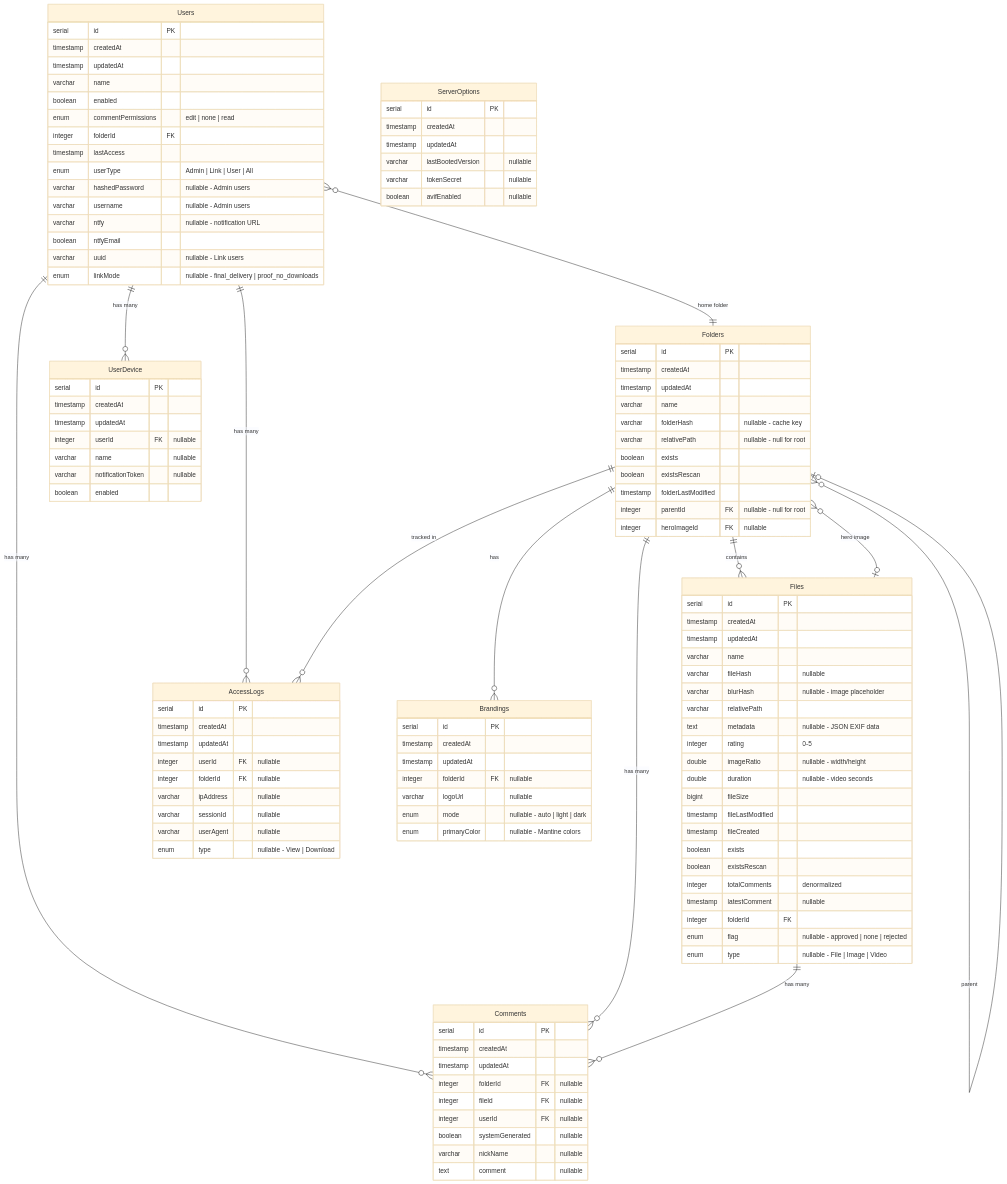
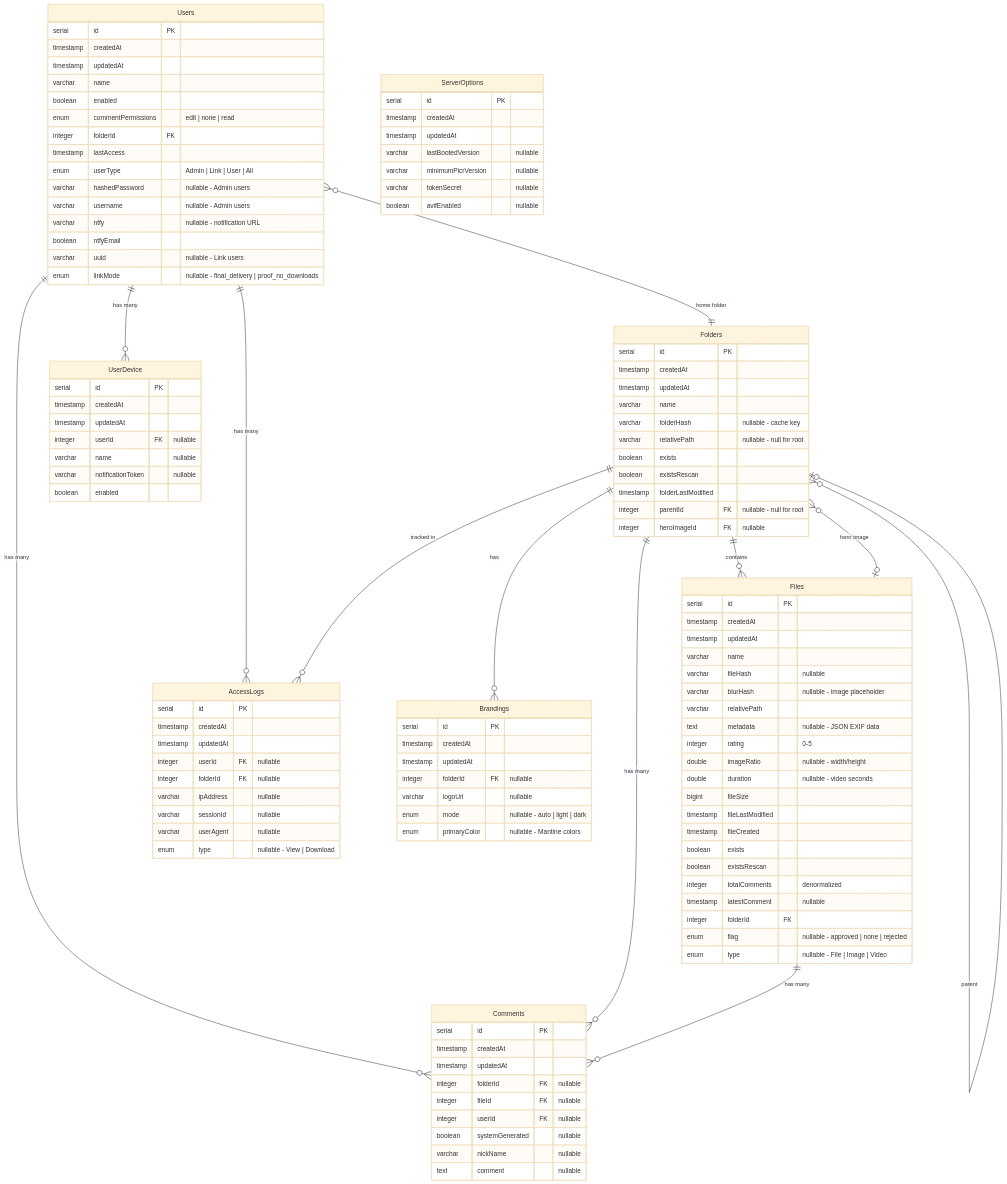
Before and after one commit to IsaacInsoll/PICR: the diagram in backend/database-erd.md, drawn with Mermaid (base theme). The commit also changed 15 other files, not shown here.

Commit message:
✨ [backend] minimum-version boot guard + startup banner

```diff
--- a/backend/database-erd.md
+++ b/backend/database-erd.md
@@ -109,6 +109,7 @@
         timestamp createdAt
         timestamp updatedAt
         varchar lastBootedVersion "nullable"
+        varchar minimumPicrVersion "nullable"
         varchar tokenSecret "nullable"
         boolean avifEnabled "nullable"
     }
```
